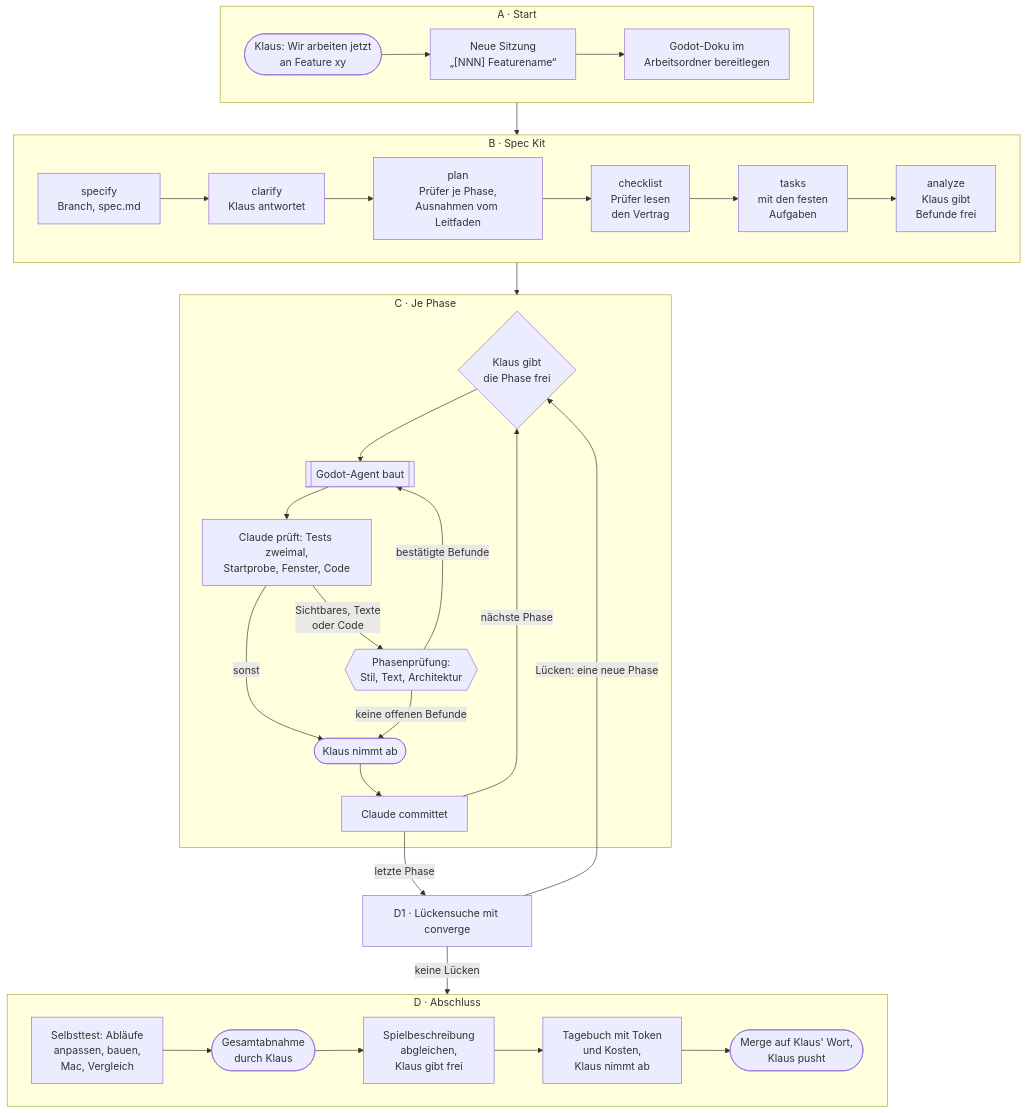
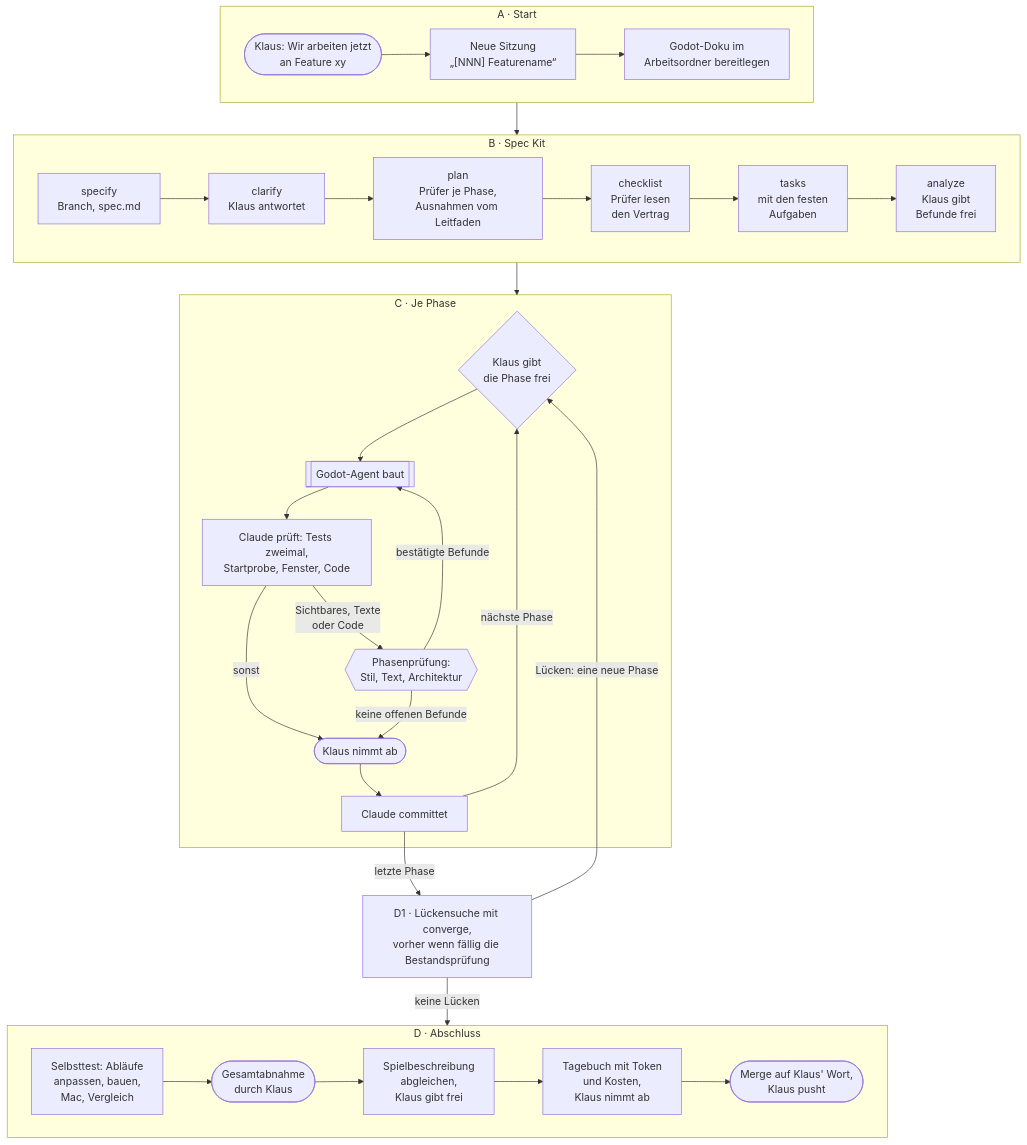
Before and after one commit to klausmoster/DerComputerladen: the diagram in docs/ki_workflow/feature_fahrplan.md, drawn with Mermaid. The commit also changed other lines of this file and 8 other files, not shown here.

````diff
--- a/docs/ki_workflow/feature_fahrplan.md
+++ b/docs/ki_workflow/feature_fahrplan.md
@@ -17,31 +17,31 @@
 ```mermaid
 flowchart TD
     subgraph A["A · Start"]
         direction LR
         A1(["Klaus: Wir arbeiten jetzt<br/>an Feature xy"]) --> A2["Neue Sitzung<br/>„[NNN] Featurename“"] --> A3["Godot-Doku im<br/>Arbeitsordner bereitlegen"]
     end
     subgraph B["B · Spec Kit"]
         direction LR
         B1["specify<br/>Branch, spec.md"] --> B2["clarify<br/>Klaus antwortet"] --> B3["plan<br/>Prüfer je Phase,<br/>Ausnahmen vom Leitfaden"] --> B4["checklist<br/>Prüfer lesen<br/>den Vertrag"] --> B5["tasks<br/>mit den festen<br/>Aufgaben"] --> B6["analyze<br/>Klaus gibt<br/>Befunde frei"]
     end
     subgraph C["C · Je Phase"]
         C1{"Klaus gibt<br/>die Phase frei"} --> C2[["Godot-Agent baut"]]
         C2 --> C3["Claude prüft: Tests zweimal,<br/>Startprobe, Fenster, Code"]
         C3 -->|"Sichtbares, Texte<br/>oder Code"| C4{{"Phasenprüfung:<br/>Stil, Text, Architektur"}}
         C4 -->|"bestätigte Befunde"| C2
         C3 -->|"sonst"| C5(["Klaus nimmt ab"])
         C4 -->|"keine offenen Befunde"| C5
         C5 --> C6["Claude committet"]
     end
-    LS["D1 · Lückensuche mit converge"]
+    LS["D1 · Lückensuche mit converge,<br/>vorher wenn fällig die Bestandsprüfung"]
     subgraph D["D · Abschluss"]
         direction LR
         D2["Selbsttest: Abläufe<br/>anpassen, bauen,<br/>Mac, Vergleich"] --> D3(["Gesamtabnahme<br/>durch Klaus"]) --> D4["Spielbeschreibung<br/>abgleichen,<br/>Klaus gibt frei"] --> D5["Tagebuch mit Token<br/>und Kosten,<br/>Klaus nimmt ab"] --> D6(["Merge auf Klaus' Wort,<br/>Klaus pusht"])
     end
     A --> B
     B --> C
     C6 -->|"nächste Phase"| C1
     C6 -->|"letzte Phase"| LS
     LS -->|"Lücken: eine neue Phase"| C1
     LS -->|"keine Lücken"| D
 ```
````
